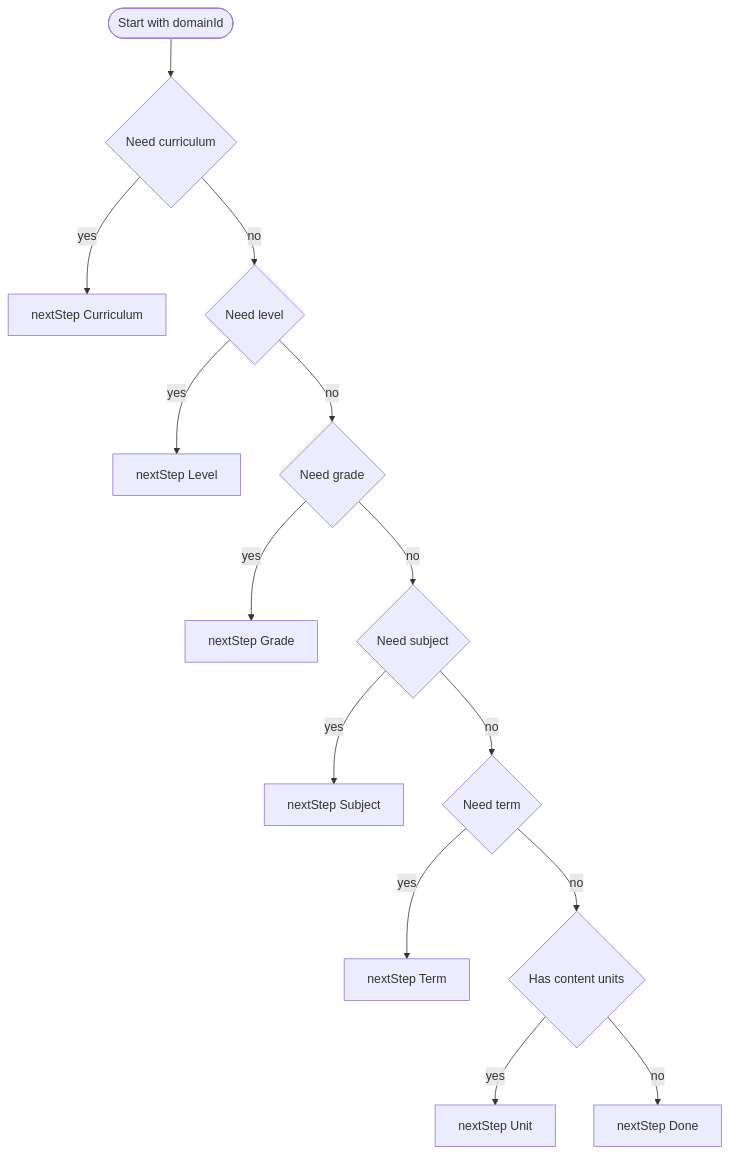
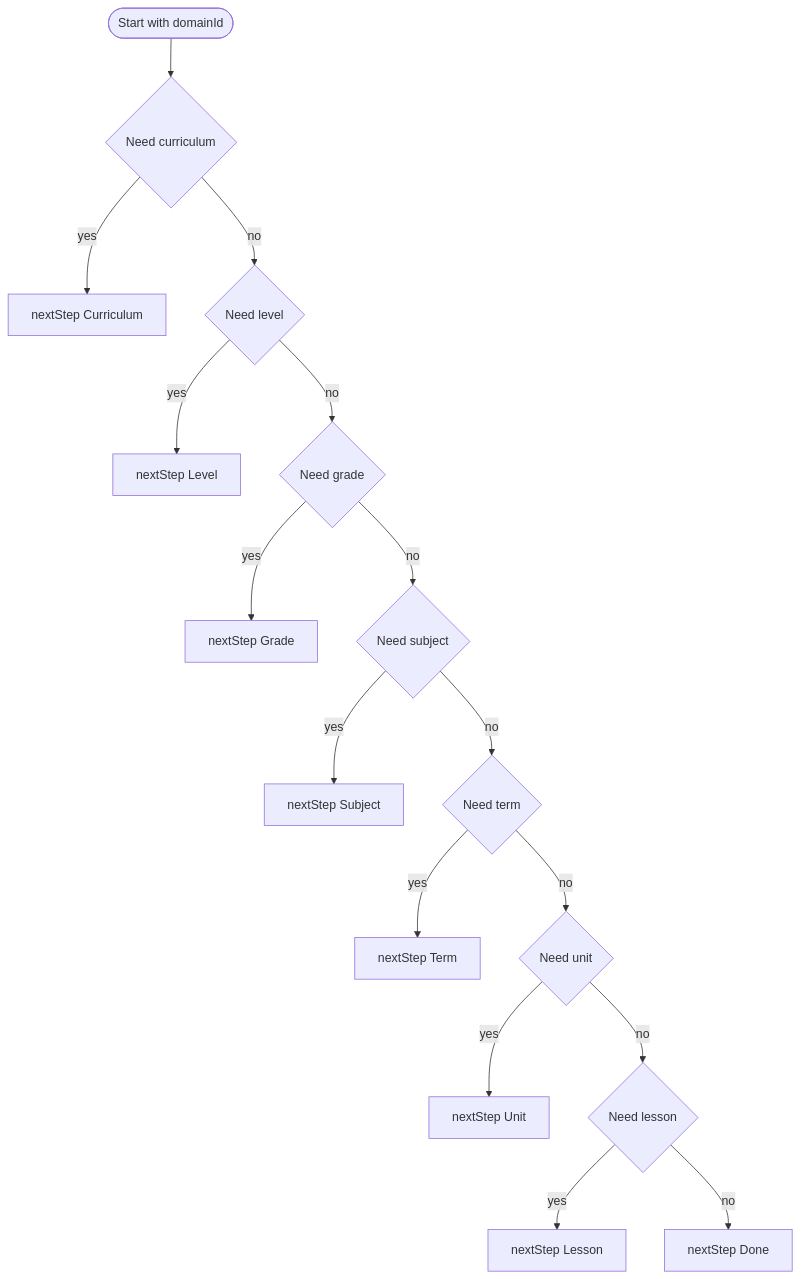
One commit to Mozaffer249/Qalam changed the second of 7 diagrams in Qalam.Data/AppMetaData/docs/Education_Business_Logic.md. Above: the diagram before and after it, drawn with Mermaid. The commit also changed other lines of this file and 10 other files, not shown here.

First line of the commit message:
feat(education-filter): enhance filter options with content unit and lesson selection

````diff
--- a/Qalam.Data/AppMetaData/docs/Education_Business_Logic.md
+++ b/Qalam.Data/AppMetaData/docs/Education_Business_Logic.md
@@ -102,16 +103,18 @@
 ```mermaid
 flowchart TD
     S0([Start with domainId]) --> C1{Need curriculum}
     C1 -->|yes| NC[nextStep Curriculum]
     C1 -->|no| C2{Need level}
     C2 -->|yes| NL[nextStep Level]
     C2 -->|no| C3{Need grade}
     C3 -->|yes| NG[nextStep Grade]
     C3 -->|no| C4{Need subject}
     C4 -->|yes| NS[nextStep Subject]
     C4 -->|no| C5{Need term}
     C5 -->|yes| NT[nextStep Term]
-    C5 -->|no| C6{Has content units}
+    C5 -->|no| C6{Need unit}
     C6 -->|yes| NU[nextStep Unit]
-    C6 -->|no| ND[nextStep Done]
+    C6 -->|no| C7{Need lesson}
+    C7 -->|yes| NLs[nextStep Lesson]
+    C7 -->|no| ND[nextStep Done]
 ```
````
